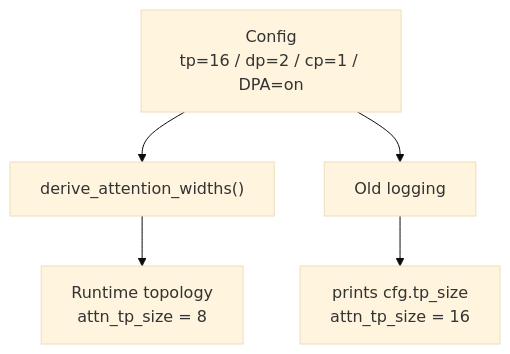
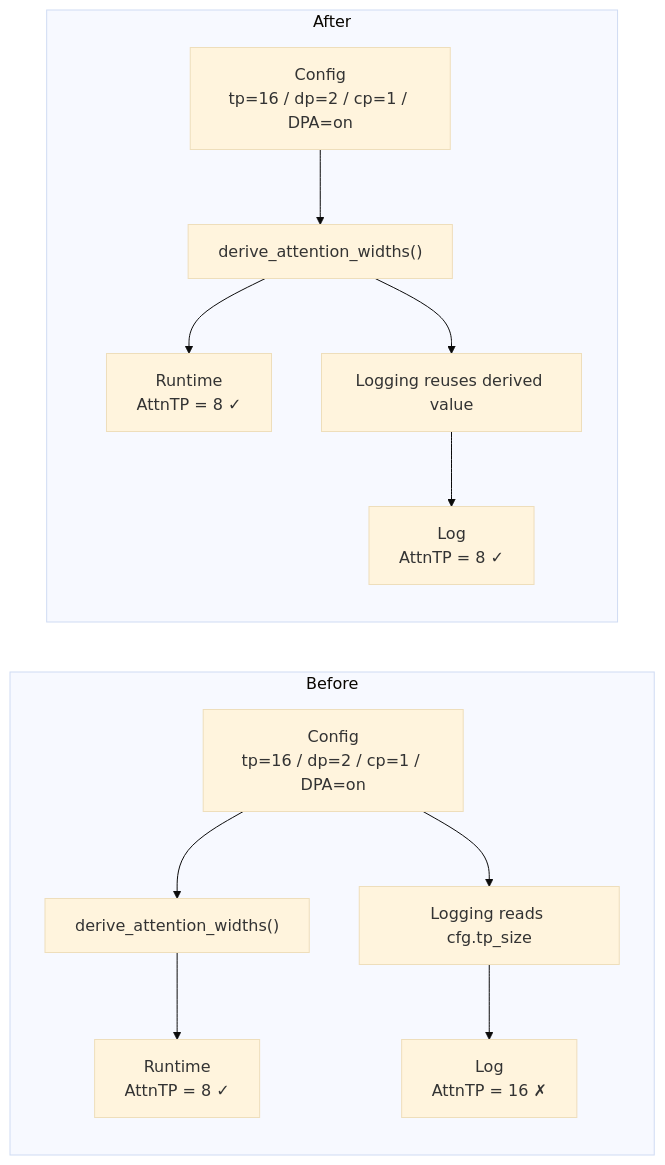
Before and after one commit to AkiYangDev/llm-inference-notes: the second of 3 diagrams in docs/pr-reviews/sglang-pr-39871-attention-parallel-widths.md, drawn with Mermaid (base theme). The commit also changed other lines of this file, not shown here.

Commit message:
docs: polish PR 39871 review

````diff
--- a/docs/pr-reviews/sglang-pr-39871-attention-parallel-widths.md
+++ b/docs/pr-reviews/sglang-pr-39871-attention-parallel-widths.md
@@ -294,13 +295,25 @@
 ```mermaid
-flowchart TD
-    C["Config<br/>tp=16 / dp=2 / cp=1 / DPA=on"]
-    D["derive_attention_widths()"]
-    R["Runtime topology<br/>attn_tp_size = 8"]
-    L["Old logging"]
-    W["prints cfg.tp_size<br/>attn_tp_size = 16"]
+flowchart LR
+    subgraph B[Before]
+        direction TB
+        BC["Config<br/>tp=16 / dp=2 / cp=1 / DPA=on"]
+        BD["derive_attention_widths()"]
+        BR["Runtime<br/>AttnTP = 8 ✓"]
+        BL["Logging reads cfg.tp_size"]
+        BW["Log<br/>AttnTP = 16 ✗"]
+        BC --> BD --> BR
+        BC --> BL --> BW
+    end
 
-    C --> D
-    D --> R
-    C --> L
-    L --> W
+    subgraph A[After]
+        direction TB
+        AC["Config<br/>tp=16 / dp=2 / cp=1 / DPA=on"]
+        AD["derive_attention_widths()"]
+        AR["Runtime<br/>AttnTP = 8 ✓"]
+        AL["Logging reuses derived value"]
+        AW["Log<br/>AttnTP = 8 ✓"]
+        AC --> AD
+        AD --> AR
+        AD --> AL --> AW
+    end
 ```
````
